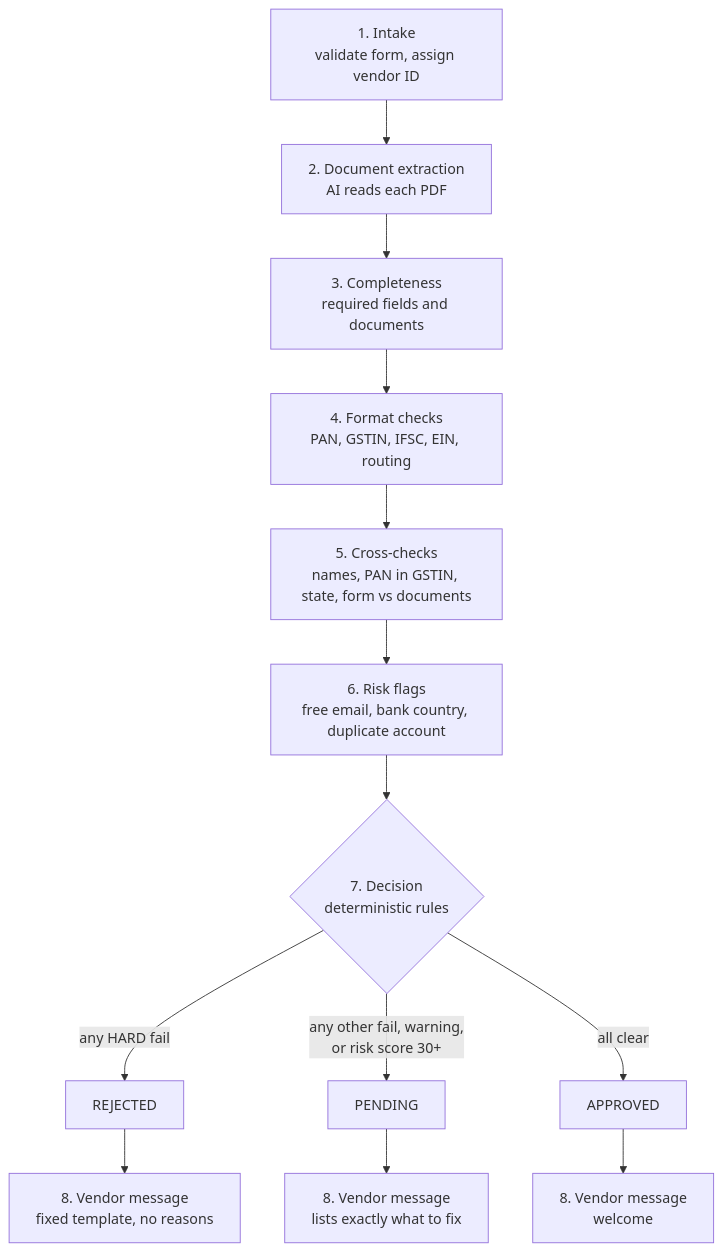
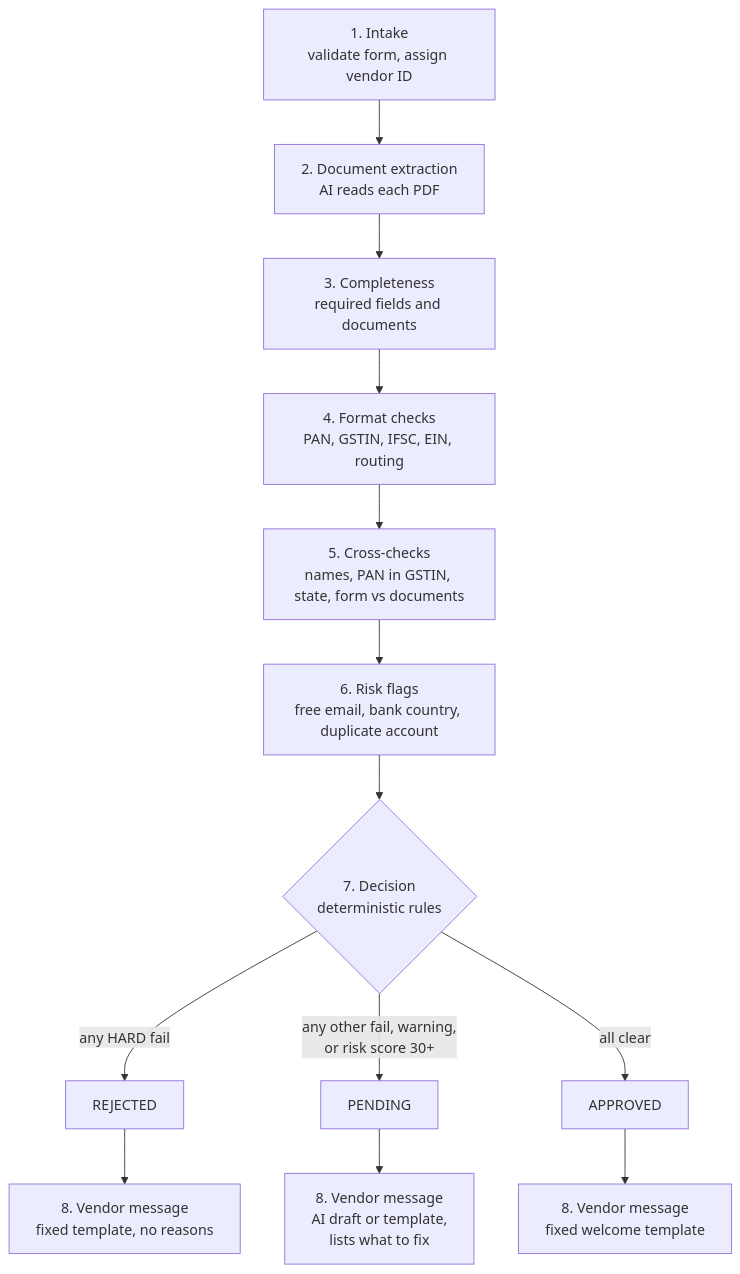
The diagram in README.md (UrumeseJoy/vendor-onboarding), drawn with Mermaid before and after one commit. The commit also changed other lines of this file and 2 other files, not shown here.

````diff
--- a/README.md
+++ b/README.md
@@ -41,15 +41,15 @@
 ```mermaid
 flowchart TD
     A[1. Intake<br/>validate form, assign vendor ID] --> B[2. Document extraction<br/>AI reads each PDF]
     B --> C[3. Completeness<br/>required fields and documents]
     C --> D[4. Format checks<br/>PAN, GSTIN, IFSC, EIN, routing]
     D --> E[5. Cross-checks<br/>names, PAN in GSTIN, state, form vs documents]
     E --> F[6. Risk flags<br/>free email, bank country, duplicate account]
     F --> G{7. Decision<br/>deterministic rules}
     G -->|any HARD fail| R[REJECTED]
     G -->|any other fail, warning,<br/>or risk score 30+| P[PENDING]
     G -->|all clear| OK[APPROVED]
     R --> H[8. Vendor message<br/>fixed template, no reasons]
-    P --> I[8. Vendor message<br/>lists exactly what to fix]
-    OK --> J[8. Vendor message<br/>welcome]
+    P --> I[8. Vendor message<br/>AI draft or template,<br/>lists what to fix]
+    OK --> J[8. Vendor message<br/>fixed welcome template]
 ```
````
